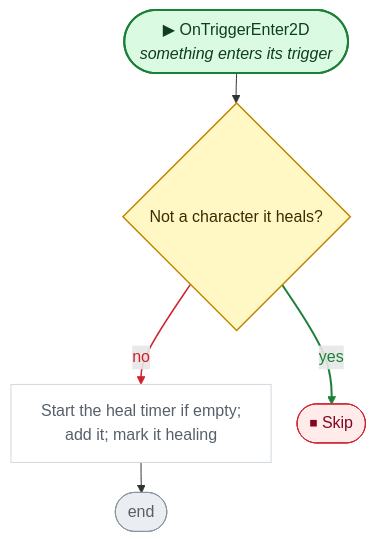
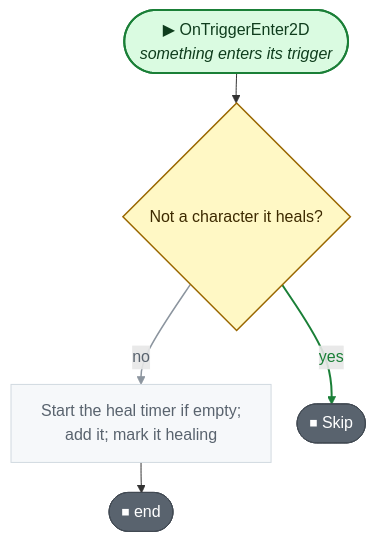
Before and after one commit to nataiai/Lord-of-the-Dungeon: the second of 4 diagrams in CodeGraph~/graph/Map/HealingRoom.cs.md, drawn with Mermaid. The commit also changed other lines of this file and 57 other files, not shown here.

````diff
--- a/CodeGraph~/graph/Map/HealingRoom.cs.md
+++ b/CodeGraph~/graph/Map/HealingRoom.cs.md
@@ -46,40 +48,40 @@
 ```mermaid
 ---
 config:
   flowchart:
     wrappingWidth: 260
     nodeSpacing: 26
     rankSpacing: 30
 ---
 flowchart TD
   nS(["▶ OnTriggerEnter2D<br><i>something enters its trigger</i>"])
   n23ba84{"Not a character it heals?"}
   nfaf01f["Start the heal timer if empty;<br>add it; mark it healing"]
-  nE(["end"])
+  nE(["⏹ end"])
   nb2e4fc(["⏹ Skip"])
   nS --> n23ba84
   n23ba84 -->|no| nfaf01f
   n23ba84 -->|yes| nb2e4fc
   nfaf01f --> nE
-  linkStyle 1 stroke:#cf222e,stroke-width:1.5px,color:#cf222e
+  linkStyle 1 stroke:#8c959f,stroke-width:1.5px,color:#59636e
   linkStyle 2 stroke:#1a7f37,stroke-width:2px,color:#1a7f37
   classDef unity fill:#dafbe1,stroke:#1a7f37,stroke-width:2px,color:#0f3d1d
   classDef start fill:#dafbe1,stroke:#1a7f37,stroke-width:2px,color:#0f3d1d
-  classDef calc fill:#ffffff,stroke:#d0d7de,color:#57606a
+  classDef calc fill:#f6f8fa,stroke:#d1d9e0,color:#59636e
   classDef calls fill:#ddf4ff,stroke:#0969da,stroke-width:2px,color:#0a3069
-  classDef ext fill:#ddf4ff,stroke:#0969da,stroke-width:2px,stroke-dasharray:5 3,color:#0a3069
-  classDef cond fill:#fff8c5,stroke:#bf8700,stroke-width:1.5px,color:#3d2a00
-  classDef loop fill:#f6f8fa,stroke:#57606a,color:#1f2328
-  classDef exit fill:#ffebe9,stroke:#cf222e,color:#82071e
+  classDef ext fill:#f6f8fa,stroke:#59636e,stroke-width:1.5px,stroke-dasharray:5 5,color:#1f2328
+  classDef cond fill:#fff8c5,stroke:#9a6700,stroke-width:1.5px,color:#3d2a00
+  classDef loop fill:#fff8c5,stroke:#9a6700,color:#3d2a00
+  classDef wait fill:#fff8c5,stroke:#9a6700,color:#3d2a00
+  classDef exit fill:#59636e,stroke:#424a53,color:#ffffff
+  classDef fin fill:#59636e,stroke:#424a53,color:#ffffff
+  classDef act fill:#ffffff,stroke:#59636e,stroke-width:1.5px,color:#1f2328
   classDef kill fill:#ffebe9,stroke:#cf222e,stroke-width:2px,color:#82071e
-  classDef spawn fill:#dafbe1,stroke:#1a7f37,stroke-width:2px,color:#0f3d1d
-  classDef wait fill:#fff1e5,stroke:#bc4c00,color:#4d1d00
-  classDef fin fill:#eaeef2,stroke:#8c959f,color:#57606a
   classDef join fill:#d0d7de,stroke:#8c959f,color:#57606a
   classDef ghdr fill:#f5f9ff,stroke:#f5f9ff,color:#0a3069,font-weight:bold
   class nfaf01f calc
   class n23ba84 cond
   class nb2e4fc exit
   class nE fin
   class nS unity
 ```
````
